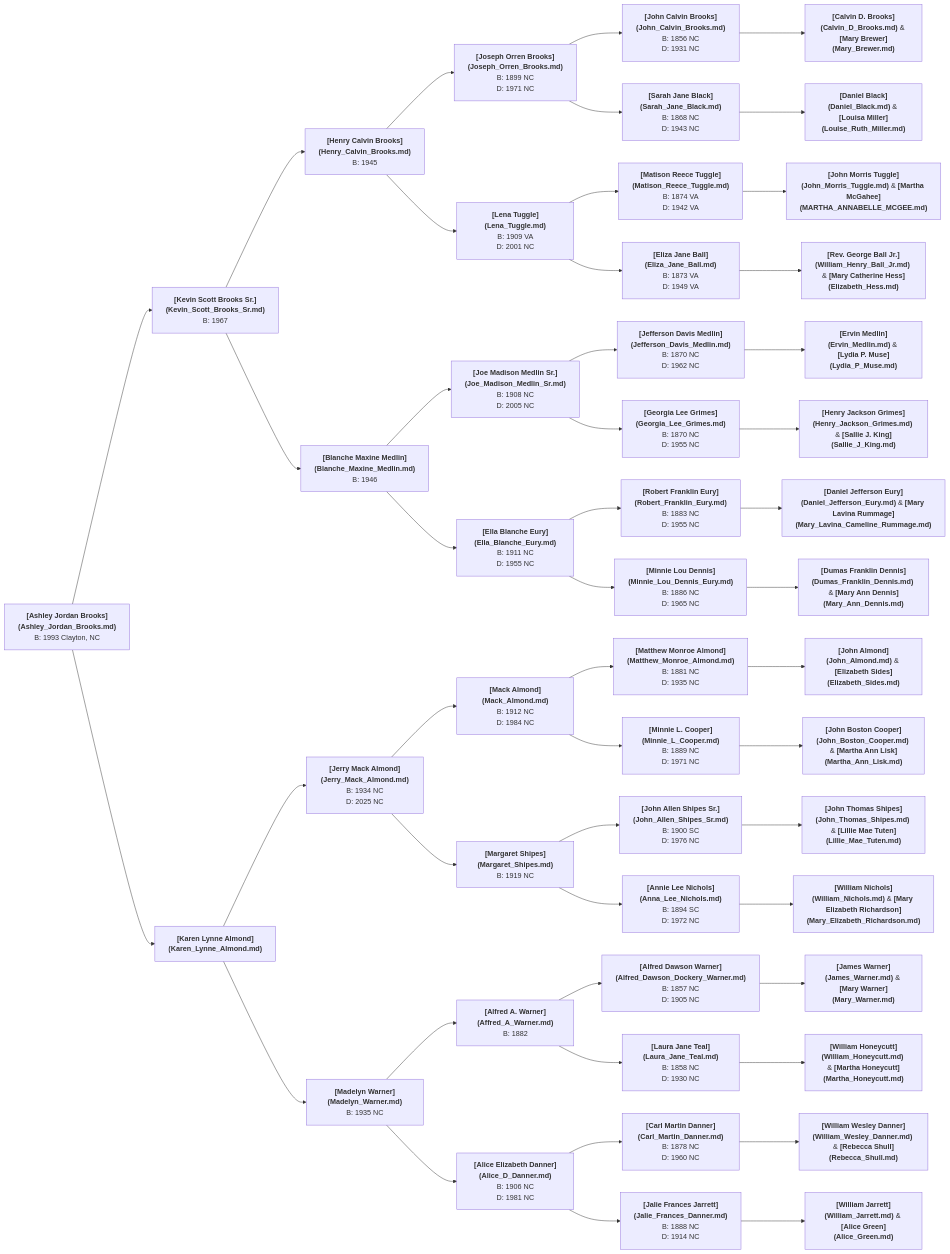
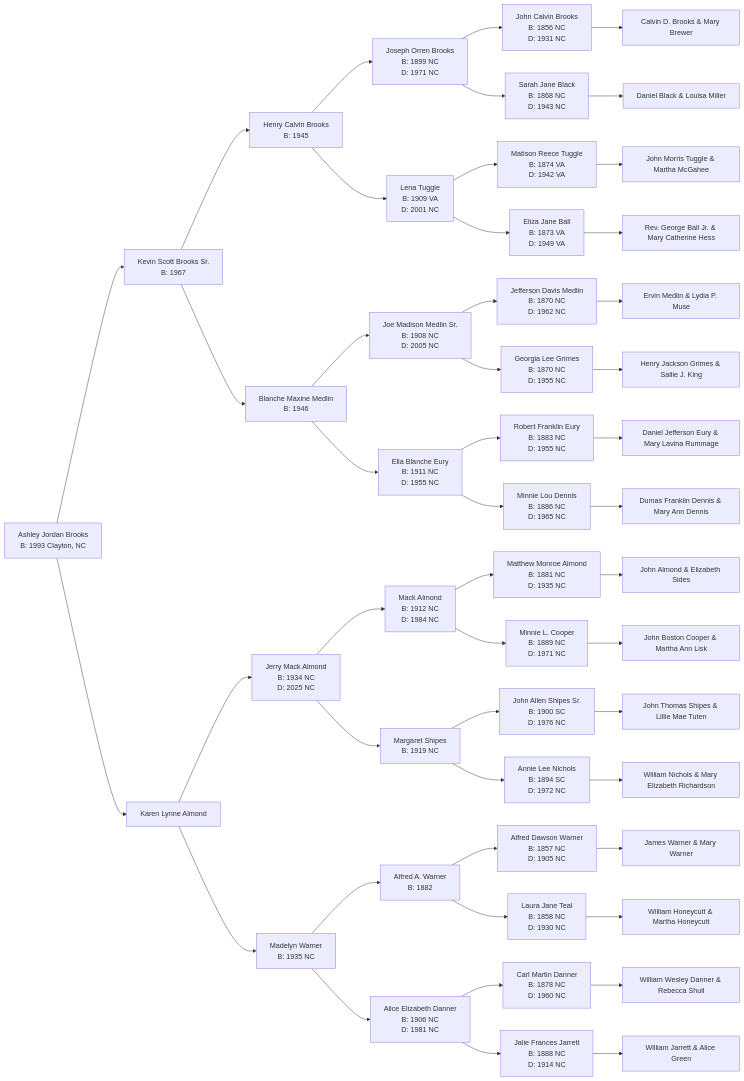
One commit to magcargoj/ancestry-data-forensics changed the second of 2 diagrams in Family_Tree.md. Above: the diagram before and after it, drawn with Mermaid. The commit also changed other lines of this file and 1 other file, not shown here.

Commit message:
Optimize pedigree charts for Docsify-Mermaid with click actions

````diff
--- a/Family_Tree.md
+++ b/Family_Tree.md
@@ -93,65 +145,97 @@
 ```mermaid
 graph LR
-    A["<b>[Ashley Jordan Brooks](Ashley_Jordan_Brooks.md)</b><br/>B: 1993 Clayton, NC"]
+    A[Ashley Jordan Brooks<br/>B: 1993 Clayton, NC]
     
-    A --> AF["<b>[Kevin Scott Brooks Sr.](Kevin_Scott_Brooks_Sr.md)</b><br/>B: 1967"]
-    A --> AM["<b>[Karen Lynne Almond](Karen_Lynne_Almond.md)</b>"]
+    A --> AF[Kevin Scott Brooks Sr.<br/>B: 1967]
+    A --> AM[Karen Lynne Almond]
     
-    AF --> AF_F["<b>[Henry Calvin Brooks](Henry_Calvin_Brooks.md)</b><br/>B: 1945"]
-    AF --> AF_M["<b>[Blanche Maxine Medlin](Blanche_Maxine_Medlin.md)</b><br/>B: 1946"]
+    AF --> AFF[Henry Calvin Brooks<br/>B: 1945]
+    AF --> AFM[Blanche Maxine Medlin<br/>B: 1946]
     
-    AF_F --> AF_F_F["<b>[Joseph Orren Brooks](Joseph_Orren_Brooks.md)</b><br/>B: 1899 NC<br/>D: 1971 NC"]
-    AF_F --> AF_F_M["<b>[Lena Tuggle](Lena_Tuggle.md)</b><br/>B: 1909 VA<br/>D: 2001 NC"]
+    AFF --> AFFF[Joseph Orren Brooks<br/>B: 1899 NC<br/>D: 1971 NC]
+    AFF --> AFFM[Lena Tuggle<br/>B: 1909 VA<br/>D: 2001 NC]
     
-    AF_F_F --> AF_F_F_F["<b>[John Calvin Brooks](John_Calvin_Brooks.md)</b><br/>B: 1856 NC<br/>D: 1931 NC"]
-    AF_F_F --> AF_F_F_M["<b>[Sarah Jane Black](Sarah_Jane_Black.md)</b><br/>B: 1868 NC<br/>D: 1943 NC"]
-    AF_F_F_F --> AF_F_F_F_F["<b>[Calvin D. Brooks](Calvin_D_Brooks.md)</b> & <b>[Mary Brewer](Mary_Brewer.md)</b>"]
-    AF_F_F_M --> AF_F_F_M_F["<b>[Daniel Black](Daniel_Black.md)</b> & <b>[Louisa Miller](Louise_Ruth_Miller.md)</b>"]
+    AFFF --> AFFFF[John Calvin Brooks<br/>B: 1856 NC<br/>D: 1931 NC]
+    AFFF --> AFFFM[Sarah Jane Black<br/>B: 1868 NC<br/>D: 1943 NC]
+    AFFFF --> AFFFFF[Calvin D. Brooks & Mary Brewer]
+    AFFFM --> AFFMF[Daniel Black & Louisa Miller]
     
-    AF_F_M --> AF_F_M_F["<b>[Matison Reece Tuggle](Matison_Reece_Tuggle.md)</b><br/>B: 1874 VA<br/>D: 1942 VA"]
-    AF_F_M --> AF_F_M_M["<b>[Eliza Jane Ball](Eliza_Jane_Ball.md)</b><br/>B: 1873 VA<br/>D: 1949 VA"]
-    AF_F_M_F --> AF_F_M_F_F["<b>[John Morris Tuggle](John_Morris_Tuggle.md)</b> & <b>[Martha McGahee](MARTHA_ANNABELLE_MCGEE.md)</b>"]
-    AF_F_M_M --> AF_F_M_M_F["<b>[Rev. George Ball Jr.](William_Henry_Ball_Jr.md)</b> & <b>[Mary Catherine Hess](Elizabeth_Hess.md)</b>"]
+    AFFM --> AFFMF_T[Matison Reece Tuggle<br/>B: 1874 VA<br/>D: 1942 VA]
+    AFFM --> AFFMM_T[Eliza Jane Ball<br/>B: 1873 VA<br/>D: 1949 VA]
+    AFFMF_T --> AFFMFF_T[John Morris Tuggle & Martha McGahee]
+    AFFMM_T --> AFFMMF_T[Rev. George Ball Jr. & Mary Catherine Hess]
 
-    AF_M --> AF_M_F["<b>[Joe Madison Medlin Sr.](Joe_Madison_Medlin_Sr.md)</b><br/>B: 1908 NC<br/>D: 2005 NC"]
-    AF_M --> AF_M_M["<b>[Ella Blanche Eury](Ella_Blanche_Eury.md)</b><br/>B: 1911 NC<br/>D: 1955 NC"]
+    AFM --> AFMF[Joe Madison Medlin Sr.<br/>B: 1908 NC<br/>D: 2005 NC]
+    AFM --> AFMM[Ella Blanche Eury<br/>B: 1911 NC<br/>D: 1955 NC]
     
-    AF_M_F --> AF_M_F_F["<b>[Jefferson Davis Medlin](Jefferson_Davis_Medlin.md)</b><br/>B: 1870 NC<br/>D: 1962 NC"]
-    AF_M_F --> AF_M_F_M["<b>[Georgia Lee Grimes](Georgia_Lee_Grimes.md)</b><br/>B: 1870 NC<br/>D: 1955 NC"]
-    AF_M_F_F --> AF_M_F_F_F["<b>[Ervin Medlin](Ervin_Medlin.md)</b> & <b>[Lydia P. Muse](Lydia_P_Muse.md)</b>"]
-    AF_M_F_M --> AF_M_F_M_F["<b>[Henry Jackson Grimes](Henry_Jackson_Grimes.md)</b> & <b>[Sallie J. King](Sallie_J_King.md)</b>"]
+    AFMF --> AFMFF[Jefferson Davis Medlin<br/>B: 1870 NC<br/>D: 1962 NC]
+    AFMF --> AFMFM[Georgia Lee Grimes<br/>B: 1870 NC<br/>D: 1955 NC]
+    AFMFF --> AFMFFF[Ervin Medlin & Lydia P. Muse]
+    AFMFM --> AFMFMF[Henry Jackson Grimes & Sallie J. King]
     
-    AF_M_M --> AF_M_M_F["<b>[Robert Franklin Eury](Robert_Franklin_Eury.md)</b><br/>B: 1883 NC<br/>D: 1955 NC"]
-    AF_M_M --> AF_M_M_M["<b>[Minnie Lou Dennis](Minnie_Lou_Dennis_Eury.md)</b><br/>B: 1886 NC<br/>D: 1965 NC"]
-    AF_M_M_F --> AF_M_M_F_F["<b>[Daniel Jefferson Eury](Daniel_Jefferson_Eury.md)</b> & <b>[Mary Lavina Rummage](Mary_Lavina_Cameline_Rummage.md)</b>"]
-    AF_M_M_M --> AF_M_M_M_F["<b>[Dumas Franklin Dennis](Dumas_Franklin_Dennis.md)</b> & <b>[Mary Ann Dennis](Mary_Ann_Dennis.md)</b>"]
+    AFMM --> AFMMF[Robert Franklin Eury<br/>B: 1883 NC<br/>D: 1955 NC]
+    AFMM --> AFMMM[Minnie Lou Dennis<br/>B: 1886 NC<br/>D: 1965 NC]
+    AFMMF --> AFMMFF[Daniel Jefferson Eury & Mary Lavina Rummage]
+    AFMMM --> AFMMMF[Dumas Franklin Dennis & Mary Ann Dennis]
 
-    AM --> AM_F["<b>[Jerry Mack Almond](Jerry_Mack_Almond.md)</b><br/>B: 1934 NC<br/>D: 2025 NC"]
-    AM --> AM_M["<b>[Madelyn Warner](Madelyn_Warner.md)</b><br/>B: 1935 NC"]
+    AM --> AMF[Jerry Mack Almond<br/>B: 1934 NC<br/>D: 2025 NC]
+    AM --> AMM[Madelyn Warner<br/>B: 1935 NC]
     
-    AM_F --> AM_F_F["<b>[Mack Almond](Mack_Almond.md)</b><br/>B: 1912 NC<br/>D: 1984 NC"]
-    AM_F --> AM_F_M["<b>[Margaret Shipes](Margaret_Shipes.md)</b><br/>B: 1919 NC"]
+    AMF --> AMFF[Mack Almond<br/>B: 1912 NC<br/>D: 1984 NC]
+    AMF --> AMFM[Margaret Shipes<br/>B: 1919 NC]
     
-    AM_F_F --> AM_F_F_F["<b>[Matthew Monroe Almond](Matthew_Monroe_Almond.md)</b><br/>B: 1881 NC<br/>D: 1935 NC"]
-    AM_F_F --> AM_F_F_M["<b>[Minnie L. Cooper](Minnie_L_Cooper.md)</b><br/>B: 1889 NC<br/>D: 1971 NC"]
-    AM_F_F_F --> AM_F_F_F_F["<b>[John Almond](John_Almond.md)</b> & <b>[Elizabeth Sides](Elizabeth_Sides.md)</b>"]
-    AM_F_F_M --> AM_F_F_M_F["<b>[John Boston Cooper](John_Boston_Cooper.md)</b> & <b>[Martha Ann Lisk](Martha_Ann_Lisk.md)</b>"]
+    AMFF --> AMFFF[Matthew Monroe Almond<br/>B: 1881 NC<br/>D: 1935 NC]
+    AMFF --> AMFFM[Minnie L. Cooper<br/>B: 1889 NC<br/>D: 1971 NC]
+    AMFFF --> AMFFFF[John Almond & Elizabeth Sides]
+    AMFFM --> AMFFMF[John Boston Cooper & Martha Ann Lisk]
     
-    AM_F_M --> AM_F_M_F["<b>[John Allen Shipes Sr.](John_Allen_Shipes_Sr.md)</b><br/>B: 1900 SC<br/>D: 1976 NC"]
-    AM_F_M --> AM_F_M_M["<b>[Annie Lee Nichols](Anna_Lee_Nichols.md)</b><br/>B: 1894 SC<br/>D: 1972 NC"]
-    AM_F_M_F --> AM_F_M_F_F["<b>[John Thomas Shipes](John_Thomas_Shipes.md)</b> & <b>[Lillie Mae Tuten](Lillie_Mae_Tuten.md)</b>"]
-    AM_F_M_M --> AM_F_M_M_F["<b>[William Nichols](William_Nichols.md)</b> & <b>[Mary Elizabeth Richardson](Mary_Elizabeth_Richardson.md)</b>"]
+    AMFM --> AMFMF[John Allen Shipes Sr.<br/>B: 1900 SC<br/>D: 1976 NC]
+    AMFM --> AMFMM[Annie Lee Nichols<br/>B: 1894 SC<br/>D: 1972 NC]
+    AMFMF --> AMFMFF[John Thomas Shipes & Lillie Mae Tuten]
+    AMFMM --> AMFMMF[William Nichols & Mary Elizabeth Richardson]
 
-    AM_M --> AM_M_F["<b>[Alfred A. Warner](Affred_A_Warner.md)</b><br/>B: 1882"]
-    AM_M --> AM_M_M["<b>[Alice Elizabeth Danner](Alice_D_Danner.md)</b><br/>B: 1906 NC<br/>D: 1981 NC"]
+    AMM --> AMMF[Alfred A. Warner<br/>B: 1882]
+    AMM --> AMMM[Alice Elizabeth Danner<br/>B: 1906 NC<br/>D: 1981 NC]
     
-    AM_M_F --> AM_M_F_F["<b>[Alfred Dawson Warner](Alfred_Dawson_Dockery_Warner.md)</b><br/>B: 1857 NC<br/>D: 1905 NC"]
-    AM_M_F --> AM_M_F_M["<b>[Laura Jane Teal](Laura_Jane_Teal.md)</b><br/>B: 1858 NC<br/>D: 1930 NC"]
-    AM_M_F_F --> AM_M_F_F_F["<b>[James Warner](James_Warner.md)</b> & <b>[Mary Warner](Mary_Warner.md)</b>"]
-    AM_M_F_M --> AM_M_F_M_F["<b>[William Honeycutt](William_Honeycutt.md)</b> & <b>[Martha Honeycutt](Martha_Honeycutt.md)</b>"]
+    AMMF --> AMMFF_W[Alfred Dawson Warner<br/>B: 1857 NC<br/>D: 1905 NC]
+    AMMF --> AMMFM_W[Laura Jane Teal<br/>B: 1858 NC<br/>D: 1930 NC]
+    AMMFF_W --> AMMFFF_W[James Warner & Mary Warner]
+    AMMFM_W --> AMMMFF_W[William Honeycutt & Martha Honeycutt]
     
-    AM_M_M --> AM_M_M_F["<b>[Carl Martin Danner](Carl_Martin_Danner.md)</b><br/>B: 1878 NC<br/>D: 1960 NC"]
-    AM_M_M --> AM_M_M_M["<b>[Jalie Frances Jarrett](Jalie_Frances_Danner.md)</b><br/>B: 1888 NC<br/>D: 1914 NC"]
-    AM_M_M_F --> AM_M_M_F_F["<b>[William Wesley Danner](William_Wesley_Danner.md)</b> & <b>[Rebecca Shull](Rebecca_Shull.md)</b>"]
-    AM_M_M_M --> AM_M_M_M_F["<b>[William Jarrett](William_Jarrett.md)</b> & <b>[Alice Green](Alice_Green.md)</b>"]
+    AMMM --> AMMMF[Carl Martin Danner<br/>B: 1878 NC<br/>D: 1960 NC]
+    AMMM --> AMMMM[Jalie Frances Jarrett<br/>B: 1888 NC<br/>D: 1914 NC]
+    AMMMF --> AMMMFF[William Wesley Danner & Rebecca Shull]
+    AMMMM --> AMMMMF[William Jarrett & Alice Green]
+
+    click A "Ashley_Jordan_Brooks.md"
+    click AF "Kevin_Scott_Brooks_Sr.md"
+    click AM "Karen_Lynne_Almond.md"
+    click AFF "Henry_Calvin_Brooks.md"
+    click AFM "Blanche_Maxine_Medlin.md"
+    click AFFF "Joseph_Orren_Brooks.md"
+    click AFFM "Lena_Tuggle.md"
+    click AFFFF "John_Calvin_Brooks.md"
+    click AFFFM "Sarah_Jane_Black.md"
+    click AFFMF_T "Matison_Reece_Tuggle.md"
+    click AFFMM_T "Eliza_Jane_Ball.md"
+    click AFMF "Joe_Madison_Medlin_Sr.md"
+    click AFMM "Ella_Blanche_Eury.md"
+    click AFMFF "Jefferson_Davis_Medlin.md"
+    click AFMFM "Georgia_Lee_Grimes.md"
+    click AFMMF "Robert_Franklin_Eury.md"
+    click AFMMM "Minnie_Lou_Dennis_Eury.md"
+    click AMF "Jerry_Mack_Almond.md"
+    click AMM "Madelyn_Warner.md"
+    click AMFF "Mack_Almond.md"
+    click AMFM "Margaret_Shipes.md"
+    click AMFFF "Matthew_Monroe_Almond.md"
+    click AMFFM "Minnie_L_Cooper.md"
+    click AMFMF "John_Allen_Shipes_Sr.md"
+    click AMFMM "Anna_Lee_Nichols.md"
+    click AMMF "Affred_A_Warner.md"
+    click AMMM "Alice_D_Danner.md"
+    click AMMFF_W "Alfred_Dawson_Dockery_Warner.md"
+    click AMMFM_W "Laura_Jane_Teal.md"
+    click AMMMF "Carl_Martin_Danner.md"
+    click AMMMM "Jalie_Frances_Danner.md"
 ```
````
